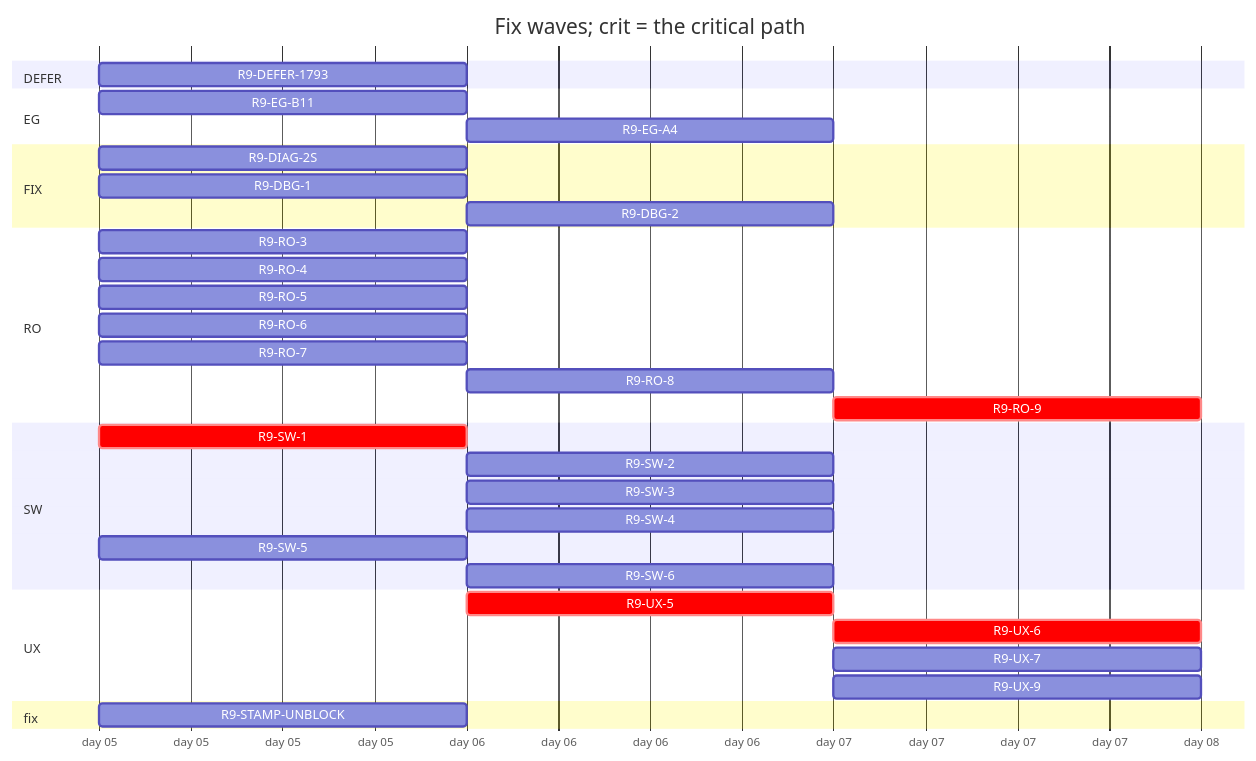
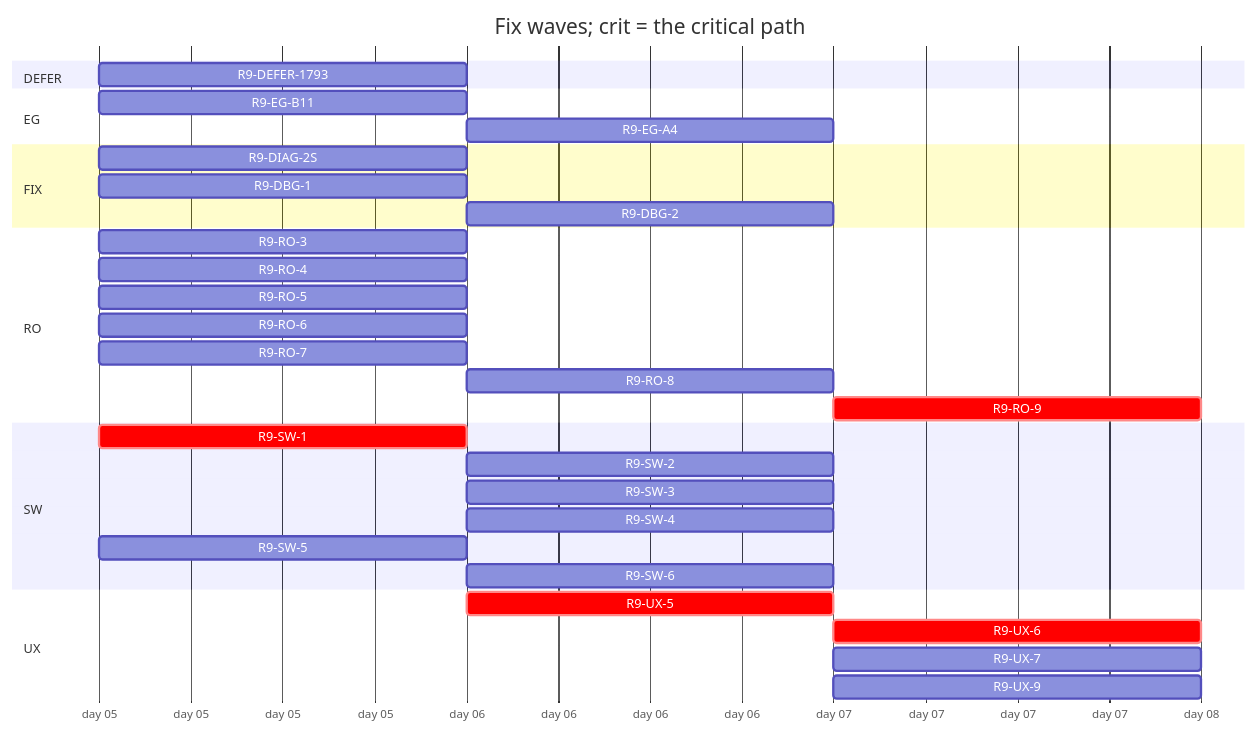
The diagram in handoff/round9/state/PLAN-TABLE.md (tvofi/heatpump_optimizer), drawn with Mermaid before and after one commit. The commit also changed other lines of this file and 2 other files, not shown here.

````diff
--- a/handoff/round9/state/PLAN-TABLE.md
+++ b/handoff/round9/state/PLAN-TABLE.md
@@ -20,37 +19,35 @@
 ```mermaid
 gantt
   title Fix waves; crit = the critical path
   dateFormat YYYY-MM-DD
   axisFormat day %d
   section DEFER
     R9-DEFER-1793 :r9DEFER1793, 2026-01-05, 1d
   section EG
     R9-EG-B11 :r9EGB11, 2026-01-05, 1d
     R9-EG-A4 :r9EGA4, after r9EGB11, 1d
   section FIX
     R9-DIAG-2S :r9DIAG2S, 2026-01-05, 1d
     R9-DBG-1 :r9DBG1, 2026-01-05, 1d
     R9-DBG-2 :r9DBG2, after r9DBG1, 1d
   section RO
     R9-RO-3 :r9RO3, 2026-01-05, 1d
     R9-RO-4 :r9RO4, 2026-01-05, 1d
     R9-RO-5 :r9RO5, 2026-01-05, 1d
     R9-RO-6 :r9RO6, 2026-01-05, 1d
     R9-RO-7 :r9RO7, 2026-01-05, 1d
     R9-RO-8 :r9RO8, after r9RO7, 1d
     R9-RO-9 :crit, r9RO9, after r9RO3 r9RO4 r9RO5 r9RO6 r9RO8 r9EGA4 r9SW4 r9UX5 r9UX6 r9UX7, 1d
   section SW
     R9-SW-1 :crit, r9SW1, 2026-01-05, 1d
     R9-SW-2 :r9SW2, after r9SW1, 1d
     R9-SW-3 :r9SW3, after r9SW1, 1d
     R9-SW-4 :r9SW4, after r9SW1, 1d
     R9-SW-5 :r9SW5, 2026-01-05, 1d
     R9-SW-6 :r9SW6, after r9SW1, 1d
   section UX
     R9-UX-5 :crit, r9UX5, after r9SW1, 1d
     R9-UX-6 :crit, r9UX6, after r9EGB11 r9UX5, 1d
     R9-UX-7 :r9UX7, after r9EGB11 r9UX5, 1d
     R9-UX-9 :r9UX9, after r9SW6, 1d
-  section fix
-    R9-STAMP-UNBLOCK :r9STAMPUNBLOCK, 2026-01-05, 1d
 ```
````
